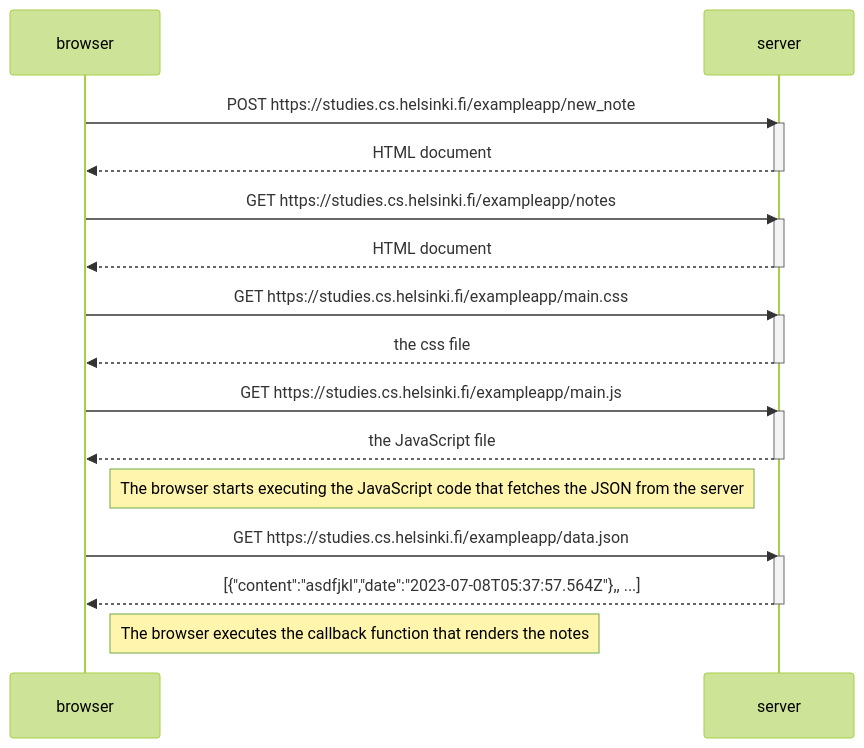
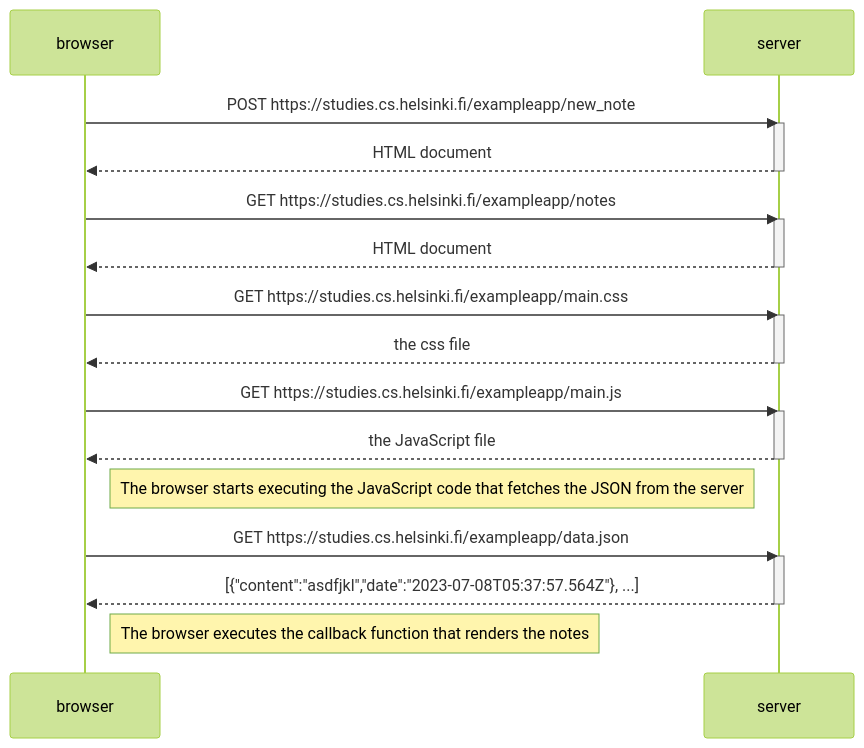
One commit to z0nsk1/FullStackOpen23 changed the diagram in 0.4_sekvenssikaavio.md. Above: the diagram before and after it, drawn with Mermaid (forest theme).

````diff
--- a/0.4_sekvenssikaavio.md
+++ b/0.4_sekvenssikaavio.md
@@ -1,35 +1,35 @@
 ```mermaid
 sequenceDiagram
   participant browser
   participant server
 
   browser->>server: POST https://studies.cs.helsinki.fi/exampleapp/new_note
   activate server
   server-->>browser: HTML document
   deactivate server
 
   browser->>server: GET https://studies.cs.helsinki.fi/exampleapp/notes
   activate server
   server-->>browser: HTML document
   deactivate server
     
   browser->>server: GET https://studies.cs.helsinki.fi/exampleapp/main.css
   activate server
   server-->>browser: the css file
   deactivate server
     
   browser->>server: GET https://studies.cs.helsinki.fi/exampleapp/main.js
   activate server
   server-->>browser: the JavaScript file
   deactivate server
 
   Note right of browser: The browser starts executing the JavaScript code that fetches the JSON from the server
     
   browser->>server: GET https://studies.cs.helsinki.fi/exampleapp/data.json
   activate server
-  server-->>browser: [{"content":"asdfjkl","date":"2023-07-08T05:37:57.564Z"},, ...]
+  server-->>browser: [{"content":"asdfjkl","date":"2023-07-08T05:37:57.564Z"}, ...]
   deactivate server    
 
   Note right of browser: The browser executes the callback function that renders the notes
 
 ```
````
